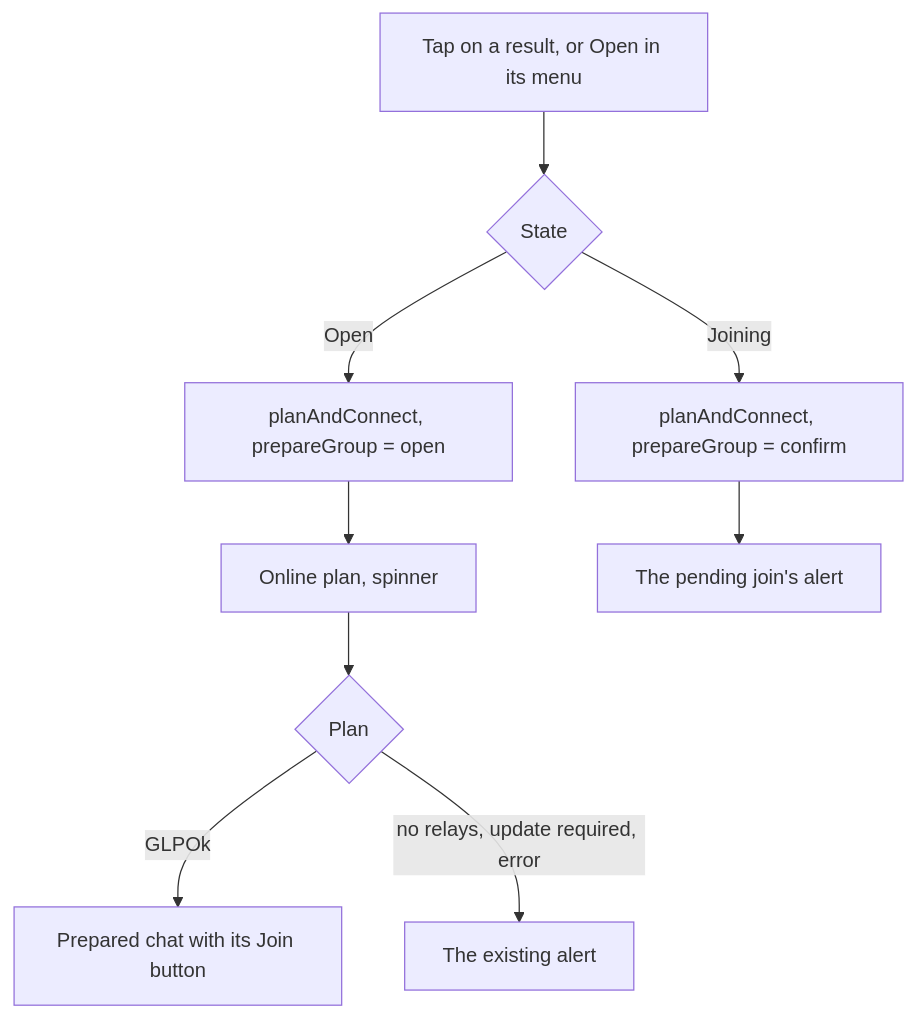
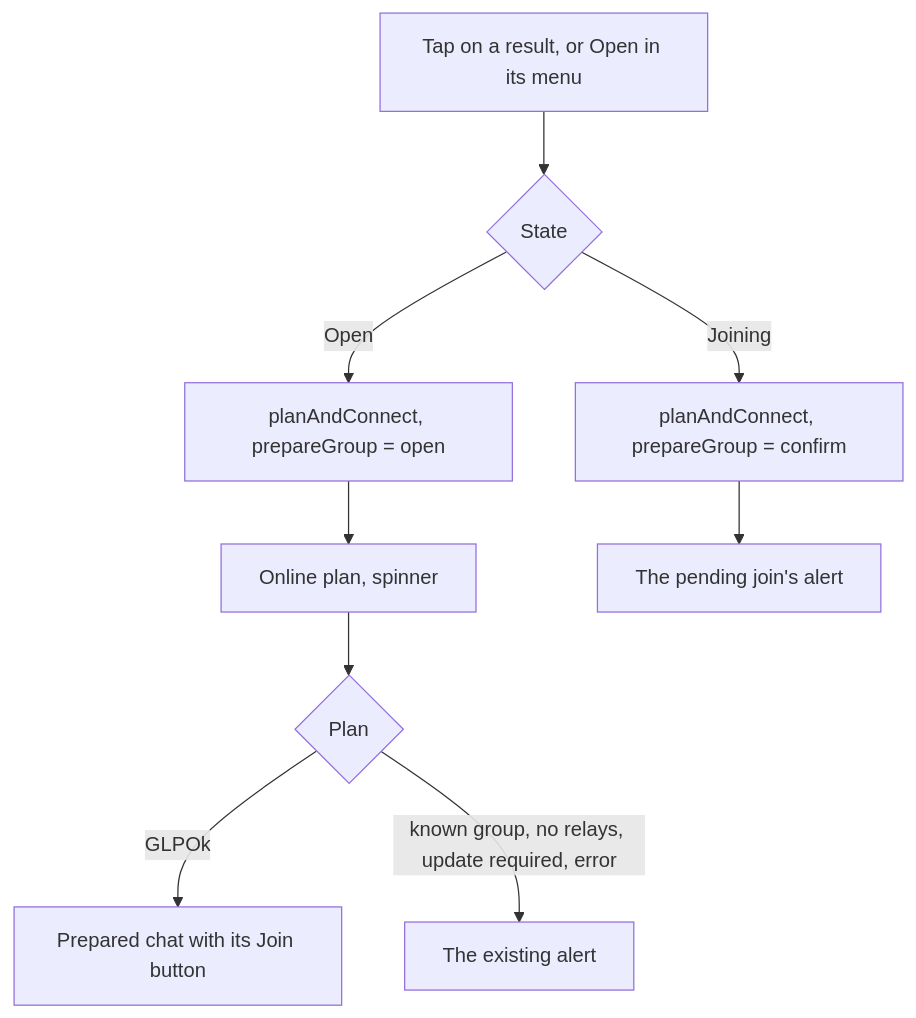
Before and after one commit to simplex-chat/simplex-chat: diagram 13 of 15 in plans/2026-08-04-directory-search-in-app.md, drawn with Mermaid. The commit also changed other lines of this file, not shown here.

Commit message:
docs: directory search plan matches the code in its diagrams

````diff
--- a/plans/2026-08-04-directory-search-in-app.md
+++ b/plans/2026-08-04-directory-search-in-app.md
@@ -384,11 +387,11 @@
 ```mermaid
 flowchart TD
   tap[Tap on a result, or Open in its menu] --> state{State}
   state -- Open --> open[planAndConnect, prepareGroup = open]
   state -- Joining --> confirm[planAndConnect, prepareGroup = confirm]
   open --> plan[Online plan, spinner]
   plan --> ok{Plan}
   ok -- GLPOk --> prepared[Prepared chat with its Join button]
-  ok -- no relays, update required, error --> alert[The existing alert]
+  ok -- known group, no relays, update required, error --> alert[The existing alert]
   confirm --> pending[The pending join's alert]
 ```
````
